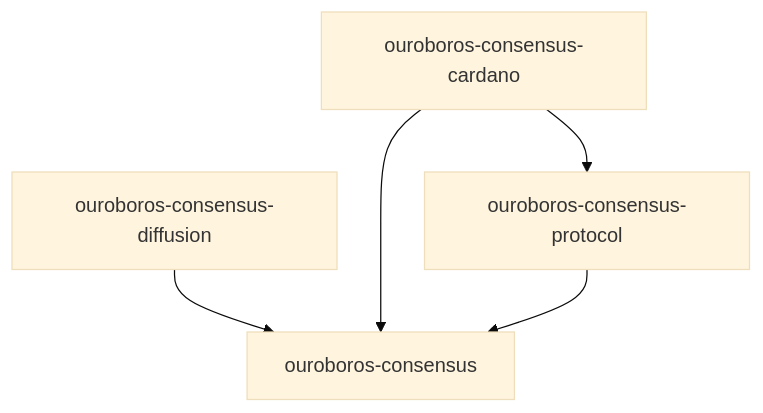
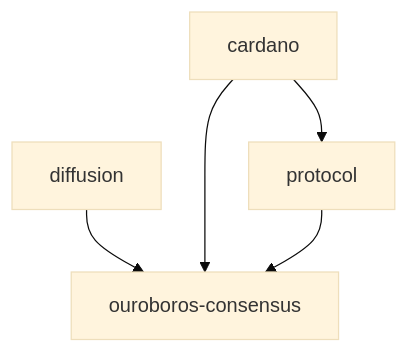
One commit to IntersectMBO/ouroboros-consensus changed the diagram in docs/website/contents/howtos/contributing/how_to_make_a_release.md. Above: the diagram before and after it, drawn with Mermaid (base theme). The commit also changed other lines of this file and 1159 other files, not shown here.

````diff
--- a/docs/website/contents/howtos/contributing/how_to_make_a_release.md
+++ b/docs/website/contents/howtos/contributing/how_to_make_a_release.md
@@ -592,7 +592,7 @@
 ``` mermaid
 flowchart TD
-    D[ouroboros-consensus-diffusion] --> C
-    A[ouroboros-consensus-cardano] --> B[ouroboros-consensus-protocol]
+    D[diffusion] --> C
+    A[cardano] --> B[protocol]
     A --> C
     B --> C[ouroboros-consensus]
 ```
````
